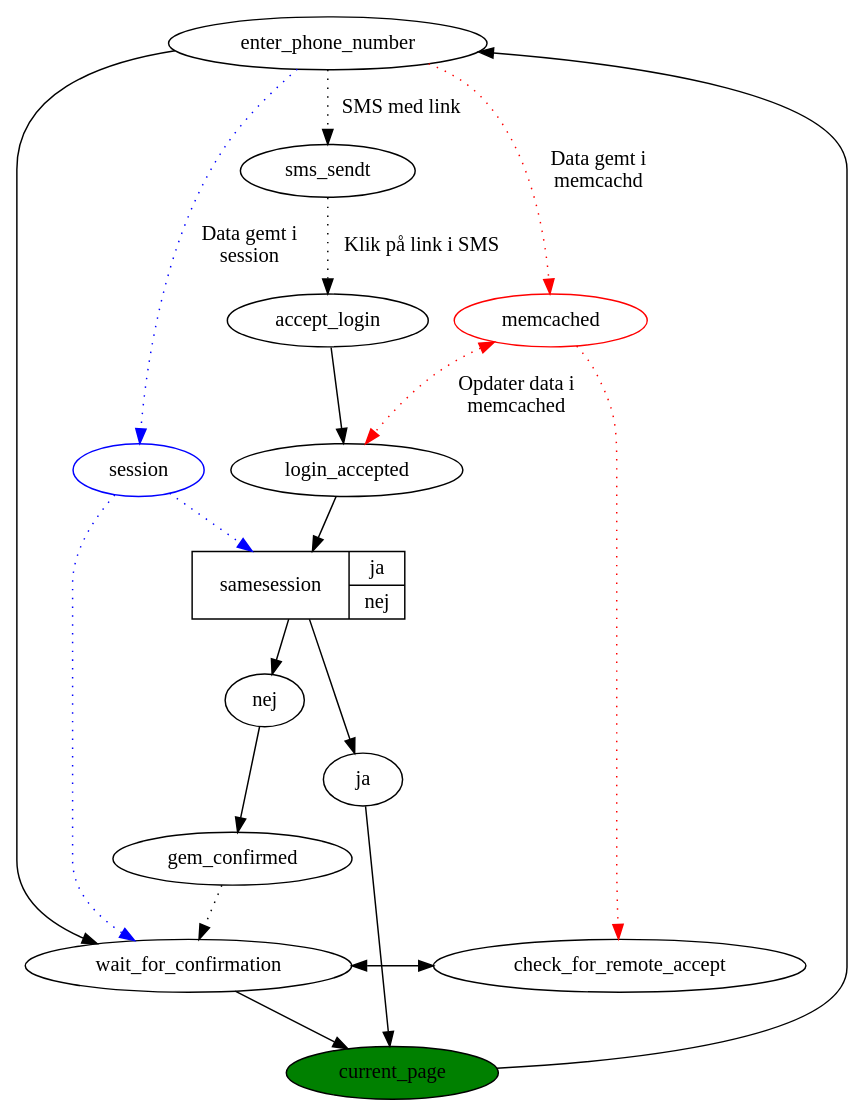
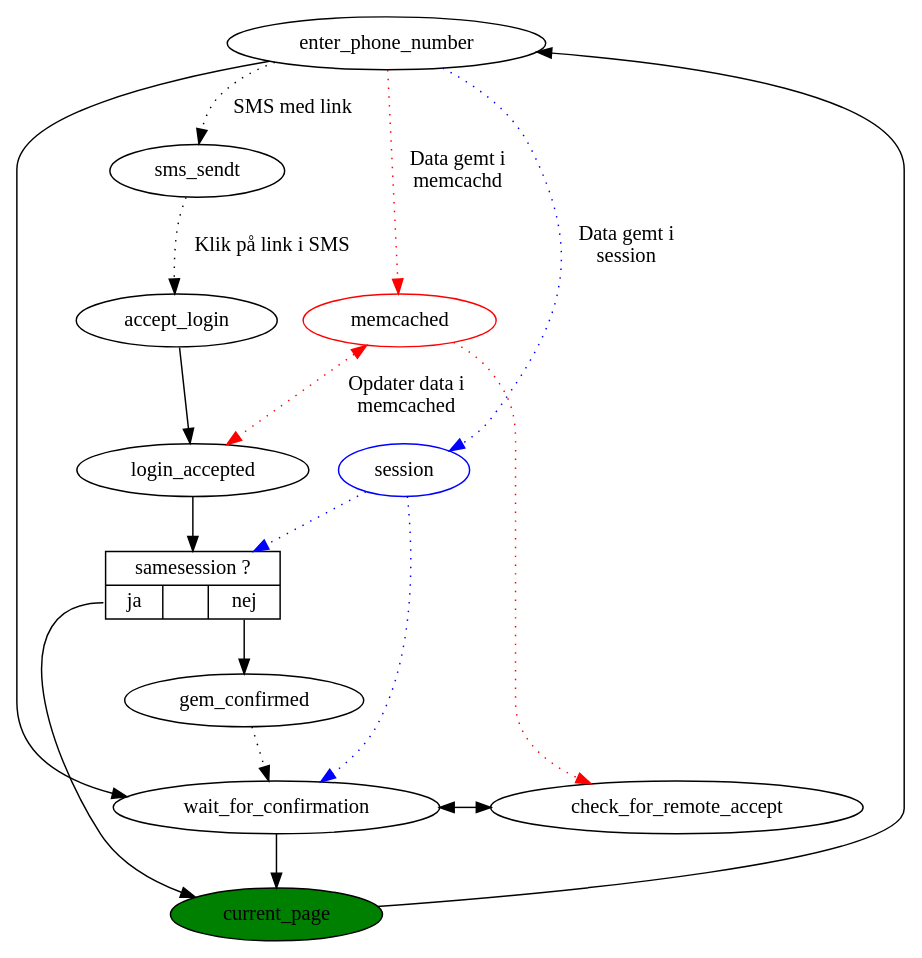
One commit to alslug/alslug.dk changed the diagram in projekter/sms-login.dot. Above: the diagram before and after it, drawn with Graphviz.

```diff
--- a/projekter/sms-login.dot
+++ b/projekter/sms-login.dot
@@ -1,51 +1,49 @@
 digraph xxx {
   {
     edge [ color=red style=dotted ];
 ////////////////////////////////////////////////////////////////////////////////////////////
     enter_phone_number -> memcached [ label="Data gemt i \nmemcachd"]; /////
                           memcached [ color = red ];
                           memcached -> check_for_remote_accept;
                           memcached -> login_accepted [ label = "Opdater data i \nmemcached" dir=both ];
 ////////////////////////////////////////////////////////////////////////////////////////////
   }
   {
     edge [ color=blue style=dotted ];
 ////////////////////////////////////////////////////////////////////////////////////////////
         enter_phone_number -> session [ label="Data gemt i \nsession"];    /////
                               session [ color = blue ];
                               session -> wait_for_confirmation;
                               session -> same_session;
 ////////////////////////////////////////////////////////////////////////////////////////////
   }
   {
     rank = same;
     wait_for_confirmation; check_for_remote_accept;
 ////////////////////////////////////////////////////////////////////////////////////////////
               wait_for_confirmation -> check_for_remote_accept [ dir=both ];           /////
 ////////////////////////////////////////////////////////////////////////////////////////////
   }
-  same_session [ shape=record label="samesession|{<ja> ja|<nej> nej}" ];
+  same_session [ shape=record label="{samesession ?|{<ja> ja| &nbsp; |<nej> nej}}" ];
   current_page [ style=filled fillcolor=green ];
   current_page ->
         enter_phone_number ->
               wait_for_confirmation ->
                     current_page;
 ////////////////////////////////////////////////////////////////////////////////////////////
         enter_phone_number -> sms_sendt [ style= dotted label="SMS med link"];         /////
 ////////////////////////////////////////////////////////////////////////////////////////////
   sms_sendt ->
         accept_login [ style=dotted label="Klik på link i SMS" ];
         accept_login ->
               login_accepted->
                     same_session;
-
-                    same_session -> {ja,nej};
-                          ja ->
-                                current_page;
-                          nej ->
-                                gem_confirmed;
+                    same_session:ja ->
+                          current_page;
+                    same_session:nej ->
+                          gem_confirmed;
 ////////////////////////////////////////////////////////////////////////////////////////////
-                                gem_confirmed ->                                       /////
-                                      wait_for_confirmation [ style=dotted ];          /////
+                          gem_confirmed ->                                       /////
+                                wait_for_confirmation [ style=dotted ];          /////
 ////////////////////////////////////////////////////////////////////////////////////////////
 }
```
